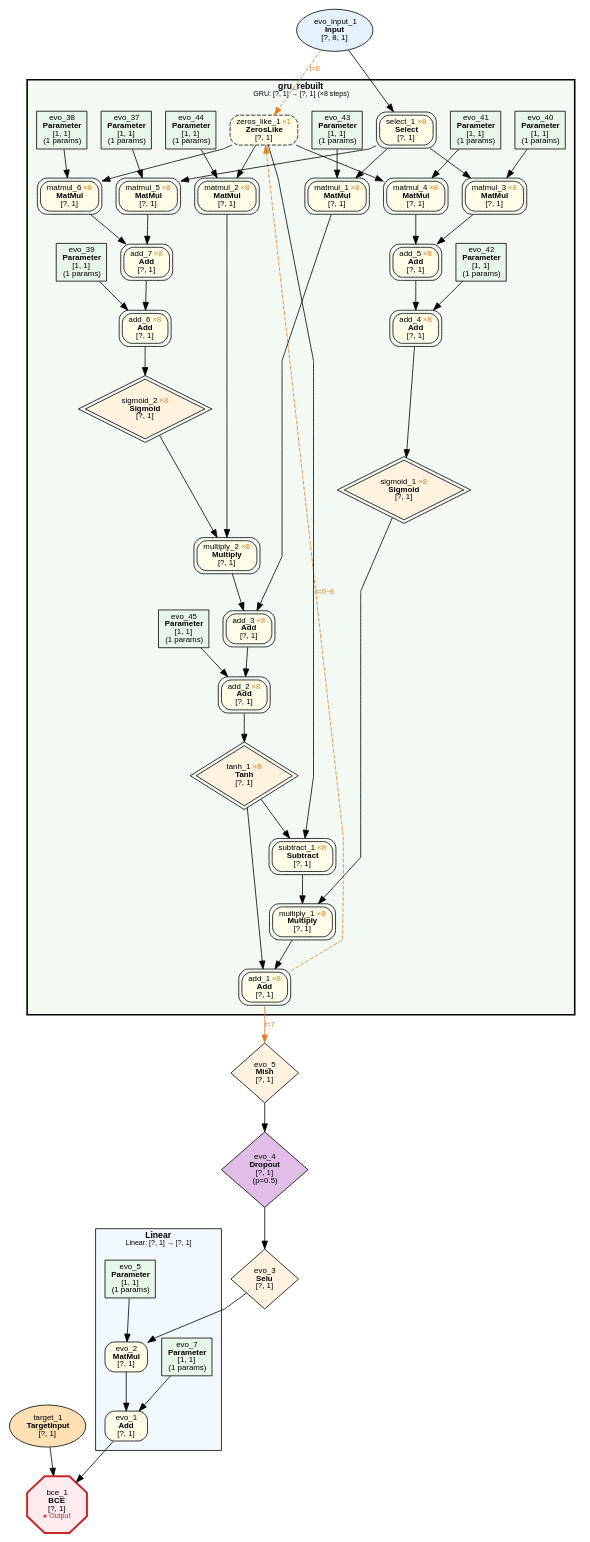
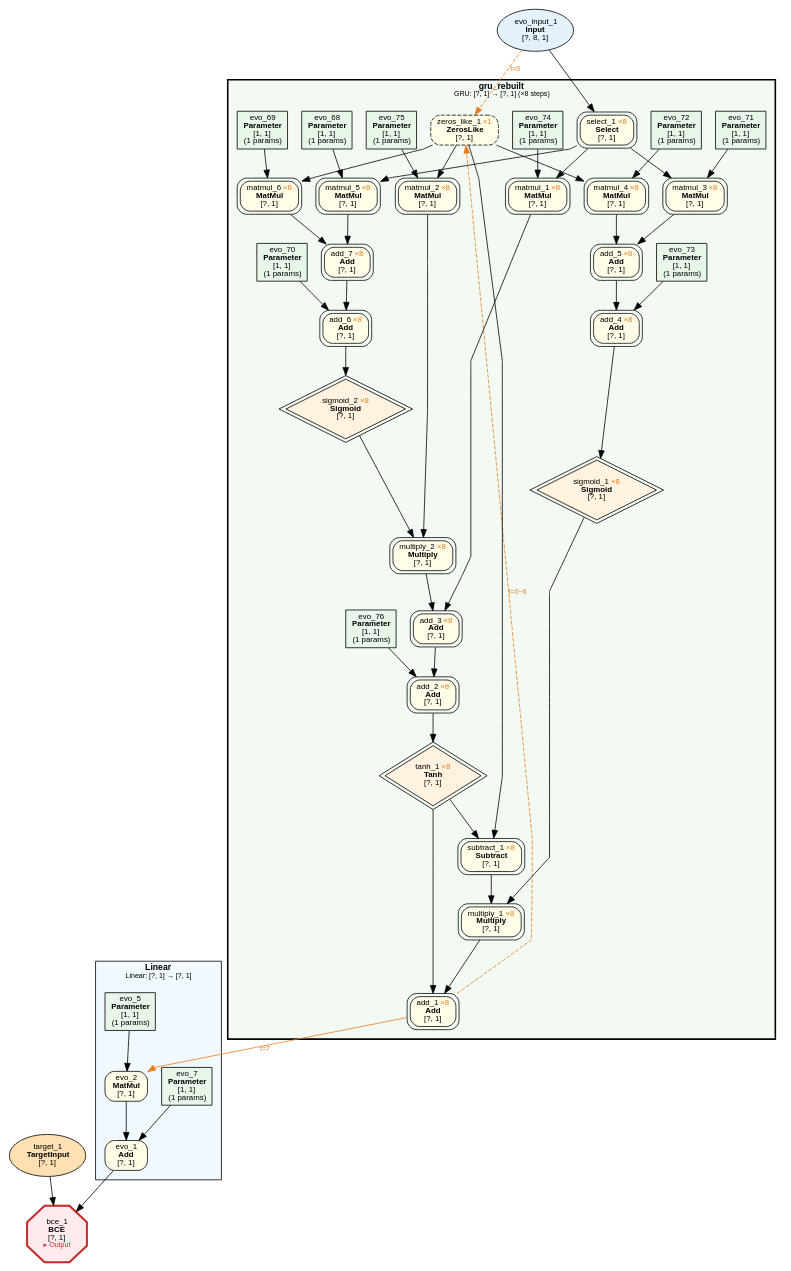
Before and after one commit to dbsxdbsx/only_torch: the diagram in examples/evolution/parity_seq/evolution_parity_seq.dot, drawn with Graphviz. The commit also changed 7 other files, not shown here.

```diff
--- a/examples/evolution/parity_seq/evolution_parity_seq.dot
+++ b/examples/evolution/parity_seq/evolution_parity_seq.dot
@@ -15,7 +15,7 @@
             "2" [label=<evo_1<BR/><B>Add</B><BR/>[?, 1]> shape=box style="filled,rounded" fillcolor="#FFFDE7" fontsize=10];
             "4" [label=<evo_2<BR/><B>MatMul</B><BR/>[?, 1]> shape=box style="filled,rounded" fillcolor="#FFFDE7" fontsize=10];
             "5" [label=<evo_7<BR/><B>Parameter</B><BR/>[1, 1]<BR/>(1 params)> shape=box style=filled fillcolor="#E8F5E9" fontsize=10];
-            "7" [label=<evo_5<BR/><B>Parameter</B><BR/>[1, 1]<BR/>(1 params)> shape=box style=filled fillcolor="#E8F5E9" fontsize=10];
+            "6" [label=<evo_5<BR/><B>Parameter</B><BR/>[1, 1]<BR/>(1 params)> shape=box style=filled fillcolor="#E8F5E9" fontsize=10];
     }
 
     subgraph cluster_group_gru_0 {
@@ -27,90 +27,84 @@
         fontname="Microsoft YaHei,SimHei,Arial";
         fontsize=11;
         margin=12;
-            "10" [label=<evo_45<BR/><B>Parameter</B><BR/>[1, 1]<BR/>(1 params)> shape=box style=filled fillcolor="#E8F5E9" fontsize=10];
-            "11" [label=<evo_42<BR/><B>Parameter</B><BR/>[1, 1]<BR/>(1 params)> shape=box style=filled fillcolor="#E8F5E9" fontsize=10];
-            "12" [label=<evo_43<BR/><B>Parameter</B><BR/>[1, 1]<BR/>(1 params)> shape=box style=filled fillcolor="#E8F5E9" fontsize=10];
-            "14" [label=<evo_44<BR/><B>Parameter</B><BR/>[1, 1]<BR/>(1 params)> shape=box style=filled fillcolor="#E8F5E9" fontsize=10];
-            "15" [label=<evo_40<BR/><B>Parameter</B><BR/>[1, 1]<BR/>(1 params)> shape=box style=filled fillcolor="#E8F5E9" fontsize=10];
-            "16" [label=<evo_41<BR/><B>Parameter</B><BR/>[1, 1]<BR/>(1 params)> shape=box style=filled fillcolor="#E8F5E9" fontsize=10];
-            "17" [label=<evo_39<BR/><B>Parameter</B><BR/>[1, 1]<BR/>(1 params)> shape=box style=filled fillcolor="#E8F5E9" fontsize=10];
-            "18" [label=<evo_37<BR/><B>Parameter</B><BR/>[1, 1]<BR/>(1 params)> shape=box style=filled fillcolor="#E8F5E9" fontsize=10];
-            "19" [label=<evo_38<BR/><B>Parameter</B><BR/>[1, 1]<BR/>(1 params)> shape=box style=filled fillcolor="#E8F5E9" fontsize=10];
-            "20" [label=<add_1 <FONT COLOR="#E67E22">×8</FONT><BR/><B>Add</B><BR/>[?, 1]> shape=box style="filled,rounded" fillcolor="#FFFDE7" fontsize=10 peripheries=2];
-            "21" [label=<tanh_1 <FONT COLOR="#E67E22">×8</FONT><BR/><B>Tanh</B><BR/>[?, 1]> shape=diamond style=filled fillcolor="#FFF3E0" fontsize=10 peripheries=2];
-            "22" [label=<multiply_1 <FONT COLOR="#E67E22">×8</FONT><BR/><B>Multiply</B><BR/>[?, 1]> shape=box style="filled,rounded" fillcolor="#FFFDE7" fontsize=10 peripheries=2];
-            "23" [label=<add_2 <FONT COLOR="#E67E22">×8</FONT><BR/><B>Add</B><BR/>[?, 1]> shape=box style="filled,rounded" fillcolor="#FFFDE7" fontsize=10 peripheries=2];
-            "24" [label=<sigmoid_1 <FONT COLOR="#E67E22">×8</FONT><BR/><B>Sigmoid</B><BR/>[?, 1]> shape=diamond style=filled fillcolor="#FFF3E0" fontsize=10 peripheries=2];
-            "25" [label=<subtract_1 <FONT COLOR="#E67E22">×8</FONT><BR/><B>Subtract</B><BR/>[?, 1]> shape=box style="filled,rounded" fillcolor="#FFFDE7" fontsize=10 peripheries=2];
-            "26" [label=<add_3 <FONT COLOR="#E67E22">×8</FONT><BR/><B>Add</B><BR/>[?, 1]> shape=box style="filled,rounded" fillcolor="#FFFDE7" fontsize=10 peripheries=2];
-            "27" [label=<add_4 <FONT COLOR="#E67E22">×8</FONT><BR/><B>Add</B><BR/>[?, 1]> shape=box style="filled,rounded" fillcolor="#FFFDE7" fontsize=10 peripheries=2];
-            "28" [label=<zeros_like_1 <FONT COLOR="#E67E22">×1</FONT><BR/><B>ZerosLike</B><BR/>[?, 1]> shape=box style="filled,rounded,dashed" fillcolor="#FFFDE7" fontsize=10];
-            "29" [label=<matmul_1 <FONT COLOR="#E67E22">×8</FONT><BR/><B>MatMul</B><BR/>[?, 1]> shape=box style="filled,rounded" fillcolor="#FFFDE7" fontsize=10 peripheries=2];
-            "30" [label=<multiply_2 <FONT COLOR="#E67E22">×8</FONT><BR/><B>Multiply</B><BR/>[?, 1]> shape=box style="filled,rounded" fillcolor="#FFFDE7" fontsize=10 peripheries=2];
-            "31" [label=<add_5 <FONT COLOR="#E67E22">×8</FONT><BR/><B>Add</B><BR/>[?, 1]> shape=box style="filled,rounded" fillcolor="#FFFDE7" fontsize=10 peripheries=2];
-            "32" [label=<select_1 <FONT COLOR="#E67E22">×8</FONT><BR/><B>Select</B><BR/>[?, 1]> shape=box style="filled,rounded" fillcolor="#FFFDE7" fontsize=10 peripheries=2];
-            "33" [label=<sigmoid_2 <FONT COLOR="#E67E22">×8</FONT><BR/><B>Sigmoid</B><BR/>[?, 1]> shape=diamond style=filled fillcolor="#FFF3E0" fontsize=10 peripheries=2];
-            "34" [label=<matmul_2 <FONT COLOR="#E67E22">×8</FONT><BR/><B>MatMul</B><BR/>[?, 1]> shape=box style="filled,rounded" fillcolor="#FFFDE7" fontsize=10 peripheries=2];
-            "35" [label=<matmul_3 <FONT COLOR="#E67E22">×8</FONT><BR/><B>MatMul</B><BR/>[?, 1]> shape=box style="filled,rounded" fillcolor="#FFFDE7" fontsize=10 peripheries=2];
-            "36" [label=<matmul_4 <FONT COLOR="#E67E22">×8</FONT><BR/><B>MatMul</B><BR/>[?, 1]> shape=box style="filled,rounded" fillcolor="#FFFDE7" fontsize=10 peripheries=2];
-            "37" [label=<add_6 <FONT COLOR="#E67E22">×8</FONT><BR/><B>Add</B><BR/>[?, 1]> shape=box style="filled,rounded" fillcolor="#FFFDE7" fontsize=10 peripheries=2];
-            "38" [label=<add_7 <FONT COLOR="#E67E22">×8</FONT><BR/><B>Add</B><BR/>[?, 1]> shape=box style="filled,rounded" fillcolor="#FFFDE7" fontsize=10 peripheries=2];
-            "39" [label=<matmul_5 <FONT COLOR="#E67E22">×8</FONT><BR/><B>MatMul</B><BR/>[?, 1]> shape=box style="filled,rounded" fillcolor="#FFFDE7" fontsize=10 peripheries=2];
-            "40" [label=<matmul_6 <FONT COLOR="#E67E22">×8</FONT><BR/><B>MatMul</B><BR/>[?, 1]> shape=box style="filled,rounded" fillcolor="#FFFDE7" fontsize=10 peripheries=2];
+            "7" [label=<evo_76<BR/><B>Parameter</B><BR/>[1, 1]<BR/>(1 params)> shape=box style=filled fillcolor="#E8F5E9" fontsize=10];
+            "8" [label=<evo_73<BR/><B>Parameter</B><BR/>[1, 1]<BR/>(1 params)> shape=box style=filled fillcolor="#E8F5E9" fontsize=10];
+            "9" [label=<evo_74<BR/><B>Parameter</B><BR/>[1, 1]<BR/>(1 params)> shape=box style=filled fillcolor="#E8F5E9" fontsize=10];
+            "11" [label=<evo_75<BR/><B>Parameter</B><BR/>[1, 1]<BR/>(1 params)> shape=box style=filled fillcolor="#E8F5E9" fontsize=10];
+            "12" [label=<evo_71<BR/><B>Parameter</B><BR/>[1, 1]<BR/>(1 params)> shape=box style=filled fillcolor="#E8F5E9" fontsize=10];
+            "13" [label=<evo_72<BR/><B>Parameter</B><BR/>[1, 1]<BR/>(1 params)> shape=box style=filled fillcolor="#E8F5E9" fontsize=10];
+            "14" [label=<evo_70<BR/><B>Parameter</B><BR/>[1, 1]<BR/>(1 params)> shape=box style=filled fillcolor="#E8F5E9" fontsize=10];
+            "15" [label=<evo_68<BR/><B>Parameter</B><BR/>[1, 1]<BR/>(1 params)> shape=box style=filled fillcolor="#E8F5E9" fontsize=10];
+            "16" [label=<evo_69<BR/><B>Parameter</B><BR/>[1, 1]<BR/>(1 params)> shape=box style=filled fillcolor="#E8F5E9" fontsize=10];
+            "17" [label=<add_1 <FONT COLOR="#E67E22">×8</FONT><BR/><B>Add</B><BR/>[?, 1]> shape=box style="filled,rounded" fillcolor="#FFFDE7" fontsize=10 peripheries=2];
+            "18" [label=<tanh_1 <FONT COLOR="#E67E22">×8</FONT><BR/><B>Tanh</B><BR/>[?, 1]> shape=diamond style=filled fillcolor="#FFF3E0" fontsize=10 peripheries=2];
+            "19" [label=<multiply_1 <FONT COLOR="#E67E22">×8</FONT><BR/><B>Multiply</B><BR/>[?, 1]> shape=box style="filled,rounded" fillcolor="#FFFDE7" fontsize=10 peripheries=2];
+            "20" [label=<add_2 <FONT COLOR="#E67E22">×8</FONT><BR/><B>Add</B><BR/>[?, 1]> shape=box style="filled,rounded" fillcolor="#FFFDE7" fontsize=10 peripheries=2];
+            "21" [label=<sigmoid_1 <FONT COLOR="#E67E22">×8</FONT><BR/><B>Sigmoid</B><BR/>[?, 1]> shape=diamond style=filled fillcolor="#FFF3E0" fontsize=10 peripheries=2];
+            "22" [label=<subtract_1 <FONT COLOR="#E67E22">×8</FONT><BR/><B>Subtract</B><BR/>[?, 1]> shape=box style="filled,rounded" fillcolor="#FFFDE7" fontsize=10 peripheries=2];
+            "23" [label=<add_3 <FONT COLOR="#E67E22">×8</FONT><BR/><B>Add</B><BR/>[?, 1]> shape=box style="filled,rounded" fillcolor="#FFFDE7" fontsize=10 peripheries=2];
+            "24" [label=<add_4 <FONT COLOR="#E67E22">×8</FONT><BR/><B>Add</B><BR/>[?, 1]> shape=box style="filled,rounded" fillcolor="#FFFDE7" fontsize=10 peripheries=2];
+            "25" [label=<zeros_like_1 <FONT COLOR="#E67E22">×1</FONT><BR/><B>ZerosLike</B><BR/>[?, 1]> shape=box style="filled,rounded,dashed" fillcolor="#FFFDE7" fontsize=10];
+            "26" [label=<matmul_1 <FONT COLOR="#E67E22">×8</FONT><BR/><B>MatMul</B><BR/>[?, 1]> shape=box style="filled,rounded" fillcolor="#FFFDE7" fontsize=10 peripheries=2];
+            "27" [label=<multiply_2 <FONT COLOR="#E67E22">×8</FONT><BR/><B>Multiply</B><BR/>[?, 1]> shape=box style="filled,rounded" fillcolor="#FFFDE7" fontsize=10 peripheries=2];
+            "28" [label=<add_5 <FONT COLOR="#E67E22">×8</FONT><BR/><B>Add</B><BR/>[?, 1]> shape=box style="filled,rounded" fillcolor="#FFFDE7" fontsize=10 peripheries=2];
+            "29" [label=<select_1 <FONT COLOR="#E67E22">×8</FONT><BR/><B>Select</B><BR/>[?, 1]> shape=box style="filled,rounded" fillcolor="#FFFDE7" fontsize=10 peripheries=2];
+            "30" [label=<sigmoid_2 <FONT COLOR="#E67E22">×8</FONT><BR/><B>Sigmoid</B><BR/>[?, 1]> shape=diamond style=filled fillcolor="#FFF3E0" fontsize=10 peripheries=2];
+            "31" [label=<matmul_2 <FONT COLOR="#E67E22">×8</FONT><BR/><B>MatMul</B><BR/>[?, 1]> shape=box style="filled,rounded" fillcolor="#FFFDE7" fontsize=10 peripheries=2];
+            "32" [label=<matmul_3 <FONT COLOR="#E67E22">×8</FONT><BR/><B>MatMul</B><BR/>[?, 1]> shape=box style="filled,rounded" fillcolor="#FFFDE7" fontsize=10 peripheries=2];
+            "33" [label=<matmul_4 <FONT COLOR="#E67E22">×8</FONT><BR/><B>MatMul</B><BR/>[?, 1]> shape=box style="filled,rounded" fillcolor="#FFFDE7" fontsize=10 peripheries=2];
+            "34" [label=<add_6 <FONT COLOR="#E67E22">×8</FONT><BR/><B>Add</B><BR/>[?, 1]> shape=box style="filled,rounded" fillcolor="#FFFDE7" fontsize=10 peripheries=2];
+            "35" [label=<add_7 <FONT COLOR="#E67E22">×8</FONT><BR/><B>Add</B><BR/>[?, 1]> shape=box style="filled,rounded" fillcolor="#FFFDE7" fontsize=10 peripheries=2];
+            "36" [label=<matmul_5 <FONT COLOR="#E67E22">×8</FONT><BR/><B>MatMul</B><BR/>[?, 1]> shape=box style="filled,rounded" fillcolor="#FFFDE7" fontsize=10 peripheries=2];
+            "37" [label=<matmul_6 <FONT COLOR="#E67E22">×8</FONT><BR/><B>MatMul</B><BR/>[?, 1]> shape=box style="filled,rounded" fillcolor="#FFFDE7" fontsize=10 peripheries=2];
     }
 
     "1" [label=<bce_1<BR/><B>BCE</B><BR/>[?, 1]<BR/><FONT COLOR="#C62828" POINT-SIZE="9">▸ Output</FONT>> shape=octagon style=filled fillcolor="#FFEBEE" fontsize=10 penwidth=2.5 color="#C62828"];
     "3" [label=<target_1<BR/><B>TargetInput</B><BR/>[?, 1]> shape=ellipse style=filled fillcolor="#FFE0B2" fontsize=10];
-    "6" [label=<evo_3<BR/><B>Selu</B><BR/>[?, 1]> shape=diamond style=filled fillcolor="#FFF3E0" fontsize=10];
-    "8" [label=<evo_4<BR/><B>Dropout</B><BR/>[?, 1]<BR/>(p=0.5)> shape=diamond style=filled fillcolor="#E1BEE7" fontsize=10];
-    "9" [label=<evo_5<BR/><B>Mish</B><BR/>[?, 1]> shape=diamond style=filled fillcolor="#FFF3E0" fontsize=10];
-    "13" [label=<evo_input_1<BR/><B>Input</B><BR/>[?, 8, 1]> shape=ellipse style=filled fillcolor="#E3F2FD" fontsize=10];
+    "10" [label=<evo_input_1<BR/><B>Input</B><BR/>[?, 8, 1]> shape=ellipse style=filled fillcolor="#E3F2FD" fontsize=10];
 
     "2" -> "1";
     "3" -> "1";
     "4" -> "2";
     "5" -> "2";
+    "17" -> "4" [ color="#E67E22" label=<t=7> fontcolor="#E67E22" fontsize=9];
     "6" -> "4";
-    "7" -> "4";
-    "8" -> "6";
-    "9" -> "8";
-    "20" -> "9" [ color="#E67E22" label=<t=7> fontcolor="#E67E22" fontsize=9];
-    "21" -> "20";
-    "22" -> "20";
-    "23" -> "21";
-    "24" -> "22";
+    "18" -> "17";
+    "19" -> "17";
+    "20" -> "18";
+    "21" -> "19";
+    "22" -> "19";
+    "23" -> "20";
+    "7" -> "20";
+    "24" -> "21";
     "25" -> "22";
+    "18" -> "22";
     "26" -> "23";
-    "10" -> "23";
-    "27" -> "24";
-    "28" -> "25";
-    "21" -> "25";
+    "27" -> "23";
+    "28" -> "24";
+    "8" -> "24";
+    "10" -> "25" [ style=dashed color="#E67E22" label=<t=0> fontcolor="#E67E22" fontsize=9];
     "29" -> "26";
-    "30" -> "26";
+    "9" -> "26";
+    "30" -> "27";
     "31" -> "27";
-    "11" -> "27";
-    "13" -> "28" [ style=dashed color="#E67E22" label=<t=0> fontcolor="#E67E22" fontsize=9];
-    "32" -> "29";
-    "12" -> "29";
-    "33" -> "30";
+    "32" -> "28";
+    "33" -> "28";
+    "10" -> "29";
     "34" -> "30";
-    "35" -> "31";
-    "36" -> "31";
-    "13" -> "32";
-    "37" -> "33";
-    "28" -> "34";
+    "25" -> "31";
+    "11" -> "31";
+    "29" -> "32";
+    "12" -> "32";
+    "25" -> "33";
+    "13" -> "33";
+    "35" -> "34";
     "14" -> "34";
-    "32" -> "35";
-    "15" -> "35";
-    "28" -> "36";
-    "16" -> "36";
-    "38" -> "37";
-    "17" -> "37";
-    "39" -> "38";
-    "40" -> "38";
-    "32" -> "39";
-    "18" -> "39";
-    "28" -> "40";
-    "19" -> "40";
-    "20" -> "28" [style=dashed color="#E67E22" label=<t=0~6> fontcolor="#E67E22" fontsize=9 constraint=false];
+    "36" -> "35";
+    "37" -> "35";
+    "29" -> "36";
+    "15" -> "36";
+    "25" -> "37";
+    "16" -> "37";
+    "17" -> "25" [style=dashed color="#E67E22" label=<t=0~6> fontcolor="#E67E22" fontsize=9 constraint=false];
 }
```
